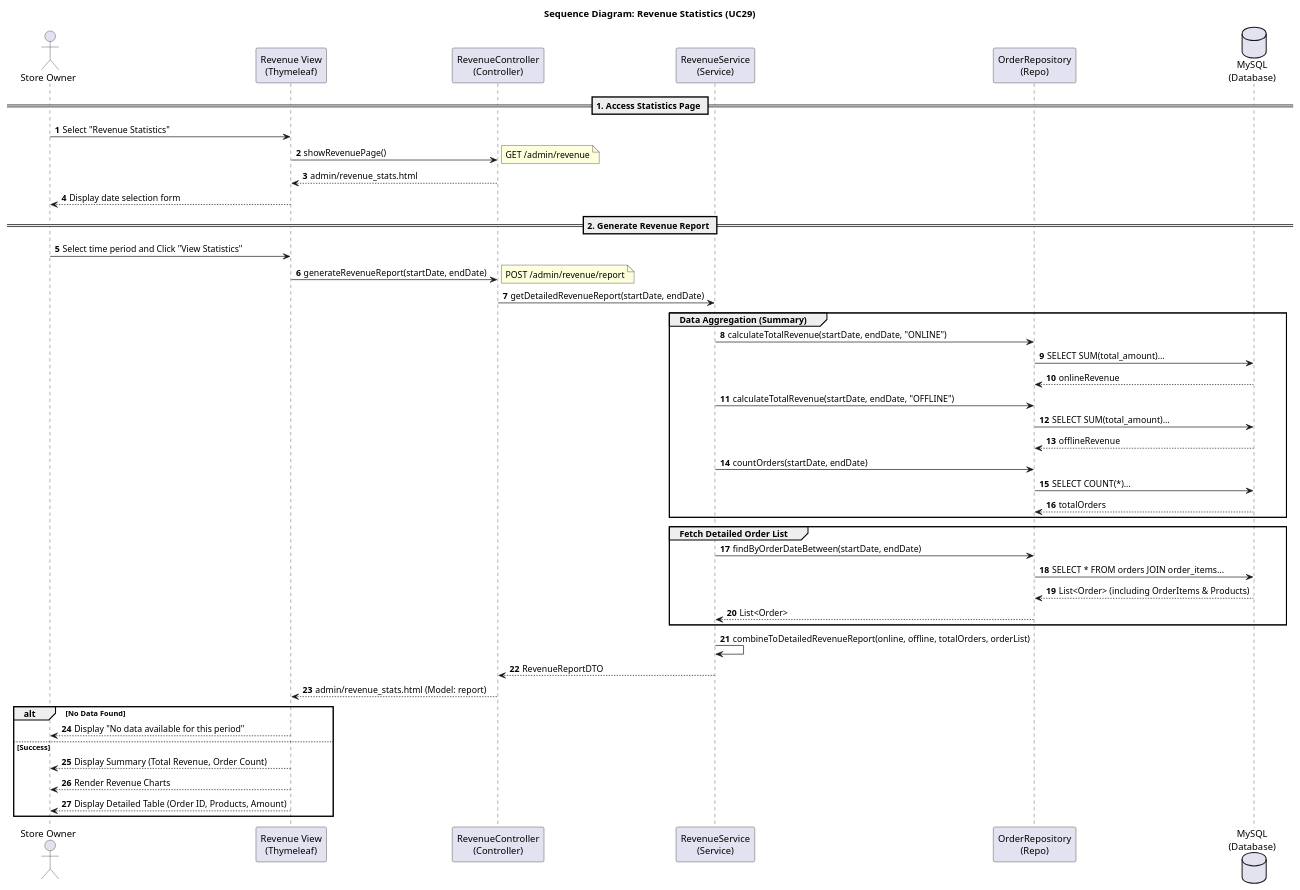
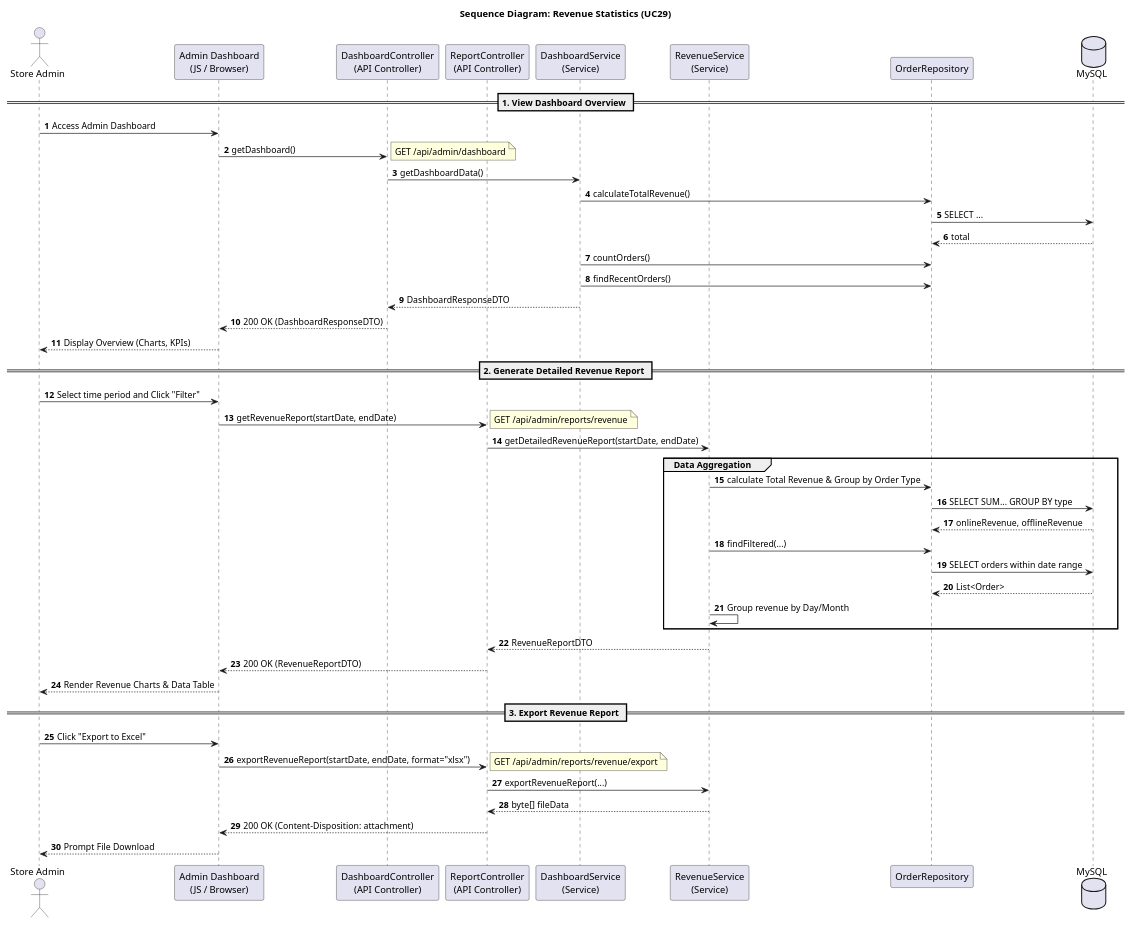
One commit to Peterdir/fashion-store-system changed the diagram in src/main/java/org/example/fashionstoresystem/uml/Sequence/SD29_RevenueStatistics.puml. Above: the diagram before and after it, drawn with PlantUML. The commit also changed 31 other files, not shown here.

Commit message:
Update uml

```diff
--- a/src/main/java/org/example/fashionstoresystem/uml/Sequence/SD29_RevenueStatistics.puml
+++ b/src/main/java/org/example/fashionstoresystem/uml/Sequence/SD29_RevenueStatistics.puml
@@ -1,60 +1,65 @@
 @startuml
 title Sequence Diagram: Revenue Statistics (UC29)
 
 autonumber
-actor "Store Owner" as Owner
-participant "Revenue View\n(Thymeleaf)" as View
-participant "RevenueController\n(Controller)" as Controller
-participant "RevenueService\n(Service)" as Service
-participant "OrderRepository\n(Repo)" as OrderRepo
-database "MySQL\n(Database)" as DB
+actor "Store Admin" as Owner
+participant "Admin Dashboard\n(JS / Browser)" as View
+participant "DashboardController\n(API Controller)" as DashController
+participant "ReportController\n(API Controller)" as RepController
+participant "DashboardService\n(Service)" as DashService
+participant "RevenueService\n(Service)" as RepService
+participant "OrderRepository" as OrderRepo
+database "MySQL" as DB
 
-== 1. Access Statistics Page ==
+== 1. View Dashboard Overview ==
 
-Owner -> View : Select "Revenue Statistics"
-View -> Controller : showRevenuePage()
-note right: GET /admin/revenue
-Controller --> View : admin/revenue_stats.html
-View --> Owner : Display date selection form
+Owner -> View : Access Admin Dashboard
+View -> DashController : getDashboard()
+note right: GET /api/admin/dashboard
+DashController -> DashService : getDashboardData()
 
-== 2. Generate Revenue Report ==
+DashService -> OrderRepo : calculateTotalRevenue()
+OrderRepo -> DB : SELECT ...
+DB --> OrderRepo : total
+DashService -> OrderRepo : countOrders()
+DashService -> OrderRepo : findRecentOrders()
 
-Owner -> View : Select time period and Click "View Statistics"
-View -> Controller : generateRevenueReport(startDate, endDate)
-note right: POST /admin/revenue/report
-Controller -> Service : getDetailedRevenueReport(startDate, endDate)
+DashService --> DashController : DashboardResponseDTO
+DashController --> View : 200 OK (DashboardResponseDTO)
+View --> Owner : Display Overview (Charts, KPIs)
 
-group Data Aggregation (Summary)
-    Service -> OrderRepo : calculateTotalRevenue(startDate, endDate, "ONLINE")
-    OrderRepo -> DB : SELECT SUM(total_amount)...
-    DB --> OrderRepo : onlineRevenue
+== 2. Generate Detailed Revenue Report ==
+
+Owner -> View : Select time period and Click "Filter"
+View -> RepController : getRevenueReport(startDate, endDate)
+note right: GET /api/admin/reports/revenue
+RepController -> RepService : getDetailedRevenueReport(startDate, endDate)
+
+group Data Aggregation
+    RepService -> OrderRepo : calculate Total Revenue & Group by Order Type
+    OrderRepo -> DB : SELECT SUM... GROUP BY type
+    DB --> OrderRepo : onlineRevenue, offlineRevenue
     
-    Service -> OrderRepo : calculateTotalRevenue(startDate, endDate, "OFFLINE")
-    OrderRepo -> DB : SELECT SUM(total_amount)...
-    DB --> OrderRepo : offlineRevenue
+    RepService -> OrderRepo : findFiltered(...)
+    OrderRepo -> DB : SELECT orders within date range
+    DB --> OrderRepo : List<Order>
     
-    Service -> OrderRepo : countOrders(startDate, endDate)
-    OrderRepo -> DB : SELECT COUNT(*)...
-    DB --> OrderRepo : totalOrders
+    RepService -> RepService : Group revenue by Day/Month
 end
 
-group Fetch Detailed Order List
-    Service -> OrderRepo : findByOrderDateBetween(startDate, endDate)
-    OrderRepo -> DB : SELECT * FROM orders JOIN order_items...
-    DB --> OrderRepo : List<Order> (including OrderItems & Products)
-    OrderRepo --> Service : List<Order>
-end
+RepService --> RepController : RevenueReportDTO
+RepController --> View : 200 OK (RevenueReportDTO)
 
-Service -> Service : combineToDetailedRevenueReport(online, offline, totalOrders, orderList)
-Service --> Controller : RevenueReportDTO
-Controller --> View : admin/revenue_stats.html (Model: report)
+View --> Owner : Render Revenue Charts & Data Table
 
-alt No Data Found
-    View --> Owner : Display "No data available for this period"
-else Success
-    View --> Owner : Display Summary (Total Revenue, Order Count)
-    View --> Owner : Render Revenue Charts
-    View --> Owner : Display Detailed Table (Order ID, Products, Amount)
-end
+== 3. Export Revenue Report ==
+
+Owner -> View : Click "Export to Excel"
+View -> RepController : exportRevenueReport(startDate, endDate, format="xlsx")
+note right: GET /api/admin/reports/revenue/export
+RepController -> RepService : exportRevenueReport(...)
+RepService --> RepController : byte[] fileData
+RepController --> View : 200 OK (Content-Disposition: attachment)
+View --> Owner : Prompt File Download
 
 @enduml
```
